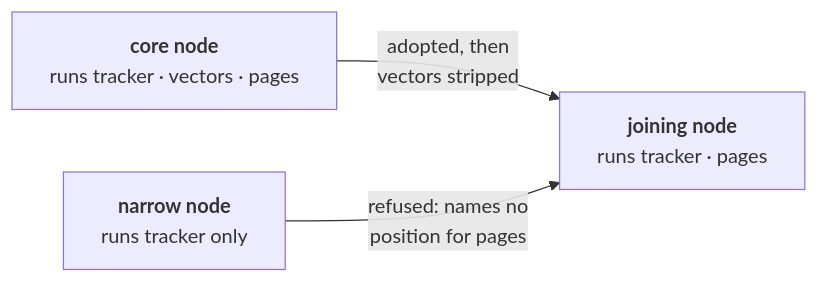
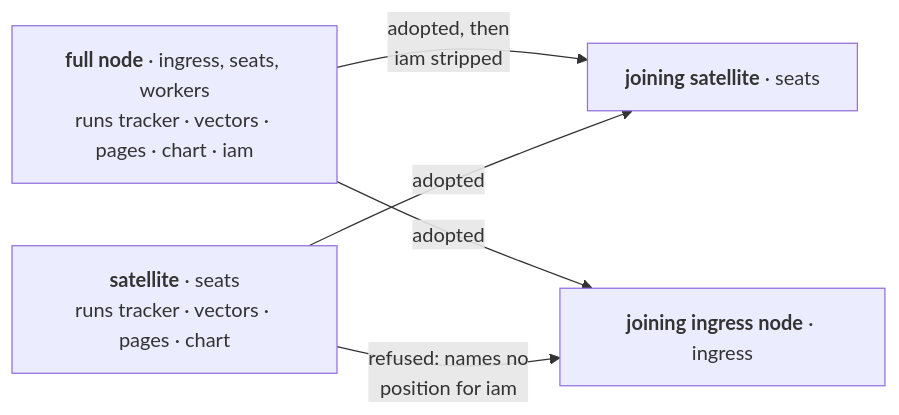
One commit to crewlet/crewlet changed the diagram in docs/guides/fleet.md. Above: the diagram before and after it, drawn with Mermaid. The commit also changed other lines of this file, not shown here.

Commit message:
docs: say which roles narrow the identity domain in the fleet guide
The fleet guide said all three domains this engine ships run on every
node whatever its roles, which the derivation has contradicted since
the identity estate became the fifth domain and the first to narrow:
the tracker, the vectors, the knowledge base and the org chart run
everywhere, and the identity estate only where ingress or workers is
declared. The passage now says so, names where the set is reported
before and after boot, and links the satellite guide's table.

The donation diagram drew hypothetical nodes running one and two
domains; it now draws the two sets a fleet actually has — a full node
and a seats-only satellite — and which artefacts each joiner adopts,
strips or refuses.

````diff
--- a/docs/guides/fleet.md
+++ b/docs/guides/fleet.md
@@ -469,8 +474,11 @@
 ```mermaid
 flowchart LR
-    D1["<b>core node</b><br/>runs tracker · vectors · pages"]
-    D2["<b>narrow node</b><br/>runs tracker only"]
-    R["<b>joining node</b><br/>runs tracker · pages"]
-    D1 -->|"adopted, then<br/>vectors stripped"| R
-    D2 -->|"refused: names no<br/>position for pages"| R
+    F["<b>full node</b> · ingress, seats, workers<br/>runs tracker · vectors · pages · chart · iam"]
+    S["<b>satellite</b> · seats<br/>runs tracker · vectors · pages · chart"]
+    JS["<b>joining satellite</b> · seats"]
+    JI["<b>joining ingress node</b> · ingress"]
+    F -->|"adopted, then<br/>iam stripped"| JS
+    F -->|"adopted"| JI
+    S -->|"adopted"| JS
+    S -->|"refused: names no<br/>position for iam"| JI
 ```
````
